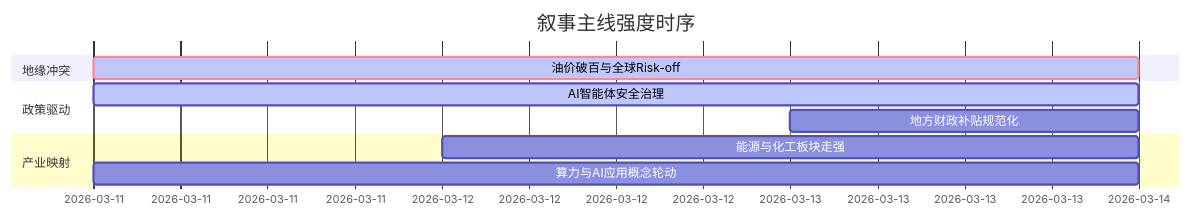
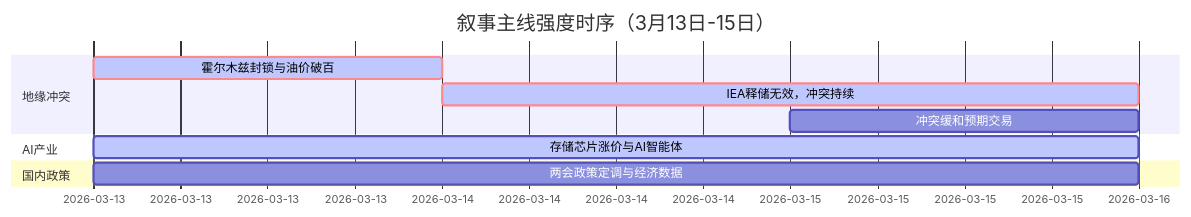
The diagram in 5day_report.md (uu5zn/uu5zn.github.io), drawn with Mermaid before and after one commit. The commit also changed other lines of this file and 1 other file, not shown here.

````diff
--- a/5day_report.md
+++ b/5day_report.md
@@ -54,13 +54,13 @@
 ```mermaid
 gantt
-    title 叙事主线强度时序
+    title 叙事主线强度时序（3月13日-15日）
     dateFormat  YYYY-MM-DD
     section 地缘冲突
-    油价破百与全球Risk-off   :crit, active, 2026-03-11, 3d
-    section 政策驱动
-    AI智能体安全治理       :active, 2026-03-11, 3d
-    地方财政补贴规范化     :2026-03-13, 1d
-    section 产业映射
-    能源与化工板块走强     :2026-03-12, 2d
-    算力与AI应用概念轮动   :2026-03-11, 3d
+    霍尔木兹封锁与油价破百   :crit, active, 2026-03-13, 1d
+    IEA释储无效，冲突持续   :crit, active, 2026-03-14, 2d
+    冲突缓和预期交易   :2026-03-15, 1d
+    section AI产业
+    存储芯片涨价与AI智能体   :active, 2026-03-13, 3d
+    section 国内政策
+    两会政策定调与经济数据   :2026-03-13, 3d
 ```
````
